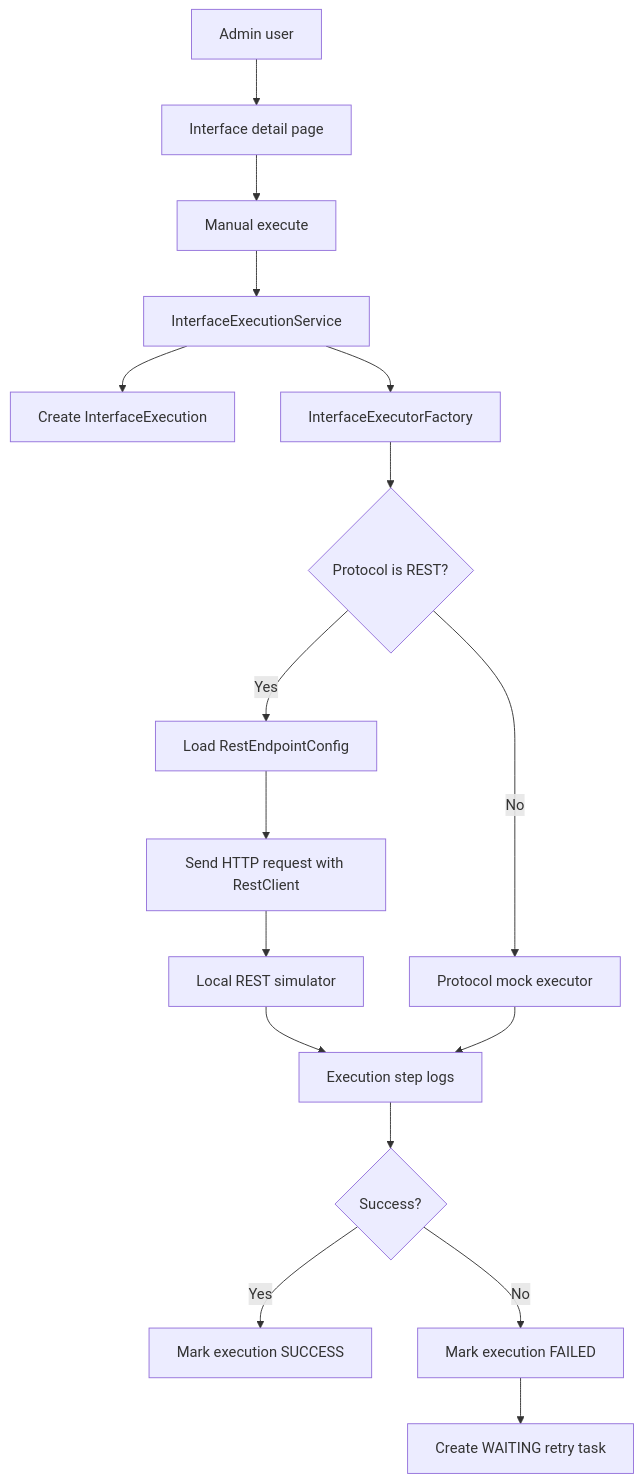
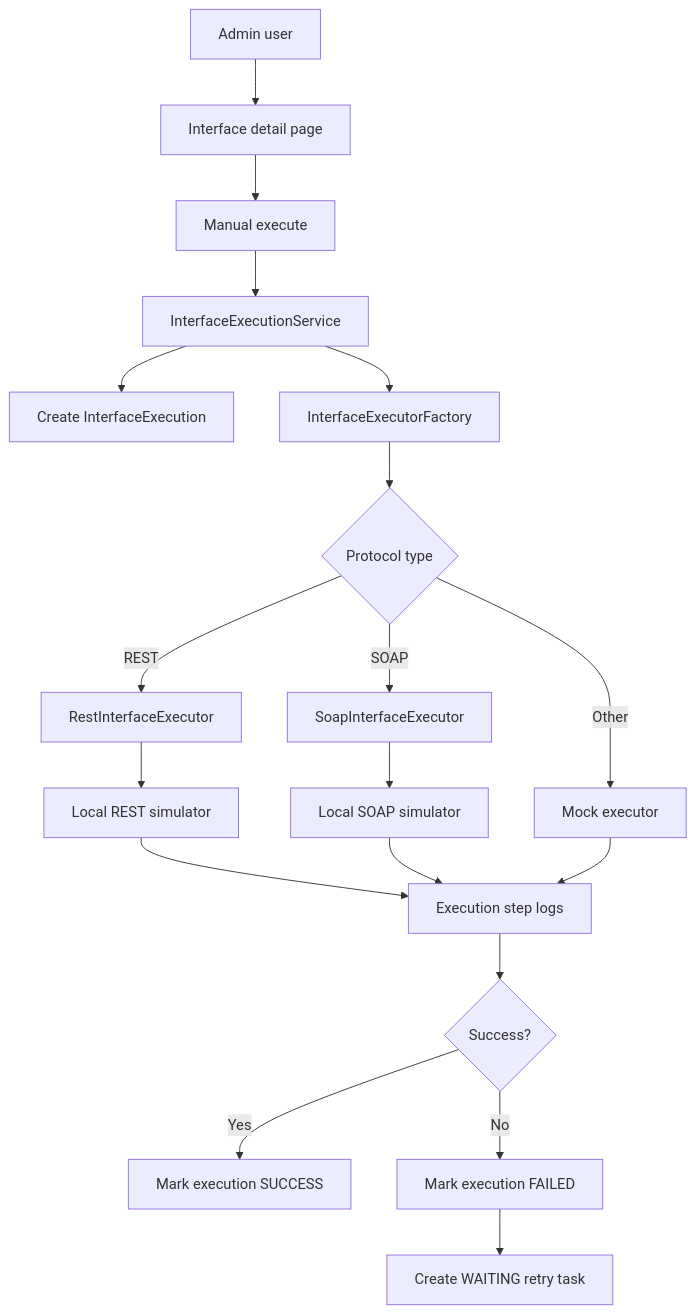
The diagram in docs/02-architecture.md (prozen99/Insurance_interface_hub), drawn with Mermaid before and after one commit. The commit also changed other lines of this file and 9 other files, not shown here.

````diff
--- a/docs/02-architecture.md
+++ b/docs/02-architecture.md
@@ -30,19 +23,21 @@
 ```mermaid
 flowchart TD
     Admin["Admin user"] --> Detail["Interface detail page"]
     Detail --> Execute["Manual execute"]
     Execute --> Engine["InterfaceExecutionService"]
     Engine --> Record["Create InterfaceExecution"]
     Engine --> Factory["InterfaceExecutorFactory"]
-    Factory --> RestCheck{"Protocol is REST?"}
-    RestCheck -->|Yes| RestConfig["Load RestEndpointConfig"]
-    RestConfig --> RestClient["Send HTTP request with RestClient"]
-    RestClient --> Simulator["Local REST simulator"]
-    RestCheck -->|No| Mock["Protocol mock executor"]
-    Simulator --> Steps["Execution step logs"]
+    Factory --> Protocol{"Protocol type"}
+    Protocol -->|REST| Rest["RestInterfaceExecutor"]
+    Protocol -->|SOAP| Soap["SoapInterfaceExecutor"]
+    Protocol -->|Other| Mock["Mock executor"]
+    Rest --> RestSimulator["Local REST simulator"]
+    Soap --> SoapSimulator["Local SOAP simulator"]
+    RestSimulator --> Steps["Execution step logs"]
+    SoapSimulator --> Steps
     Mock --> Steps
     Steps --> Result{"Success?"}
     Result -->|Yes| Success["Mark execution SUCCESS"]
     Result -->|No| Failure["Mark execution FAILED"]
     Failure --> Retry["Create WAITING retry task"]
 ```
````
